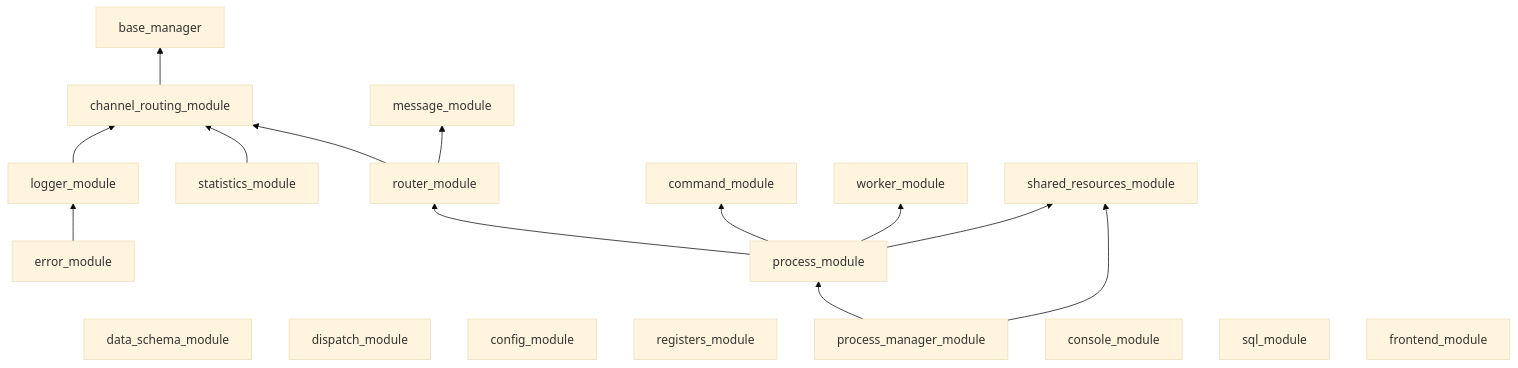
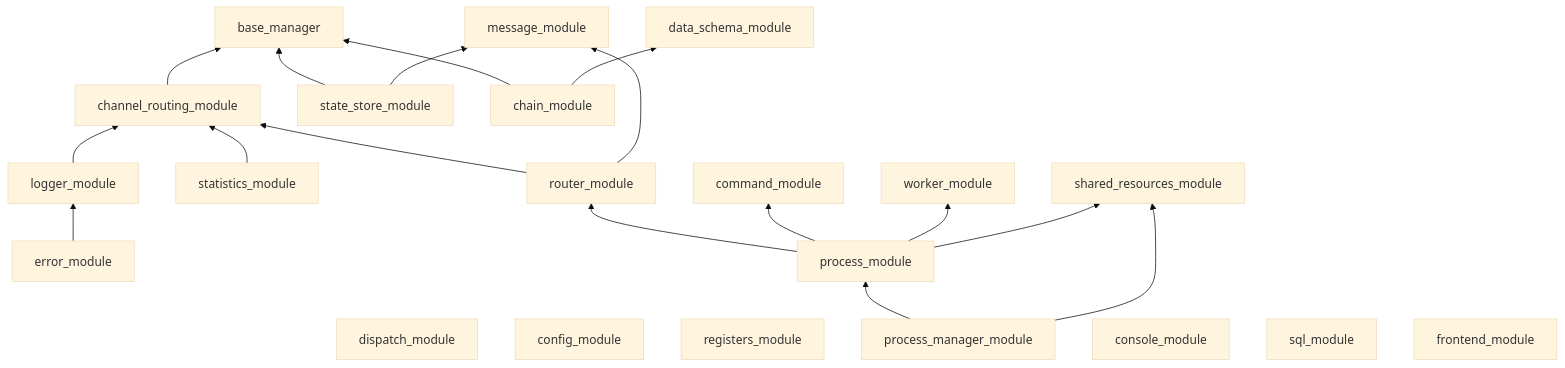
Before and after one commit to TWOKRAI/Inspector_bottles: the fifth of 6 diagrams in multiprocess_framework/docs/DIAGRAMS.md, drawn with Mermaid (base theme). The commit also changed other lines of this file and 18 other files, not shown here.

````diff
--- a/multiprocess_framework/docs/DIAGRAMS.md
+++ b/multiprocess_framework/docs/DIAGRAMS.md
@@ -113,34 +115,40 @@
 ```mermaid
 graph BT
   base_manager
   data_schema_module
   message_module
   dispatch_module
   channel_routing_module
   logger_module
   error_module
   statistics_module
   router_module
   shared_resources_module
   config_module
+  state_store_module
   registers_module
   command_module
   worker_module
+  chain_module
   process_module
   process_manager_module
   console_module
   sql_module
   frontend_module
   channel_routing_module --> base_manager
   logger_module --> channel_routing_module
   error_module --> logger_module
   statistics_module --> channel_routing_module
   router_module --> channel_routing_module
   router_module --> message_module
+  state_store_module --> base_manager
+  state_store_module --> message_module
+  chain_module --> base_manager
+  chain_module --> data_schema_module
   process_module --> router_module
   process_module --> command_module
   process_module --> worker_module
   process_module --> shared_resources_module
   process_manager_module --> process_module
   process_manager_module --> shared_resources_module
 ```
````
